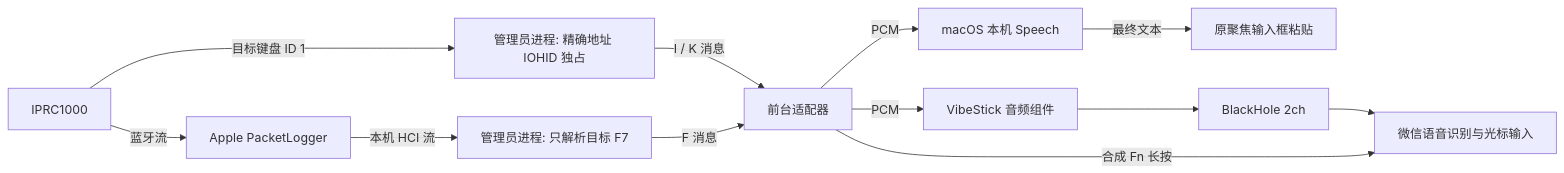
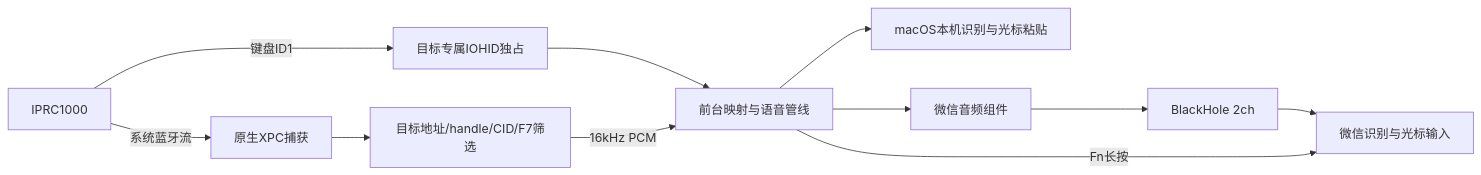
The diagram in docs/VOICE_IMPLEMENTATION.md (wangchll/IPRC1000), drawn with Mermaid before and after one commit. The commit also changed other lines of this file and 34 other files, not shown here.

````diff
--- a/docs/VOICE_IMPLEMENTATION.md
+++ b/docs/VOICE_IMPLEMENTATION.md
@@ -5,14 +5,13 @@
 ```mermaid
 flowchart LR
-  R[IPRC1000] -->|目标键盘 ID 1| HID[管理员进程: 精确地址 IOHID 独占]
-  R -->|蓝牙流| PL[Apple PacketLogger]
-  PL -->|本机 HCI 流| Filter[管理员进程: 只解析目标 F7]
-  HID -->|I / K 消息| App[前台适配器]
-  Filter -->|F 消息| App
-  App -->|PCM| Speech[macOS 本机 Speech]
-  Speech -->|最终文本| Paste[原聚焦输入框粘贴]
-  App -->|PCM| Helper[VibeStick 音频组件]
+  R[IPRC1000] -->|键盘ID1| HID[目标专属IOHID独占]
+  R -->|系统蓝牙流| XPC[原生XPC捕获]
+  XPC --> Filter[目标地址/handle/CID/F7筛选]
+  HID --> App[前台映射与语音管线]
+  Filter -->|16kHz PCM| App
+  App --> Speech[macOS本机识别与光标粘贴]
+  App --> Helper[微信音频组件]
   Helper --> BlackHole[BlackHole 2ch]
-  BlackHole --> WeType[微信语音识别与光标输入]
-  App -->|合成 Fn 长按| WeType
+  BlackHole --> WeType[微信识别与光标输入]
+  App -->|Fn长按| WeType
 ```
````
